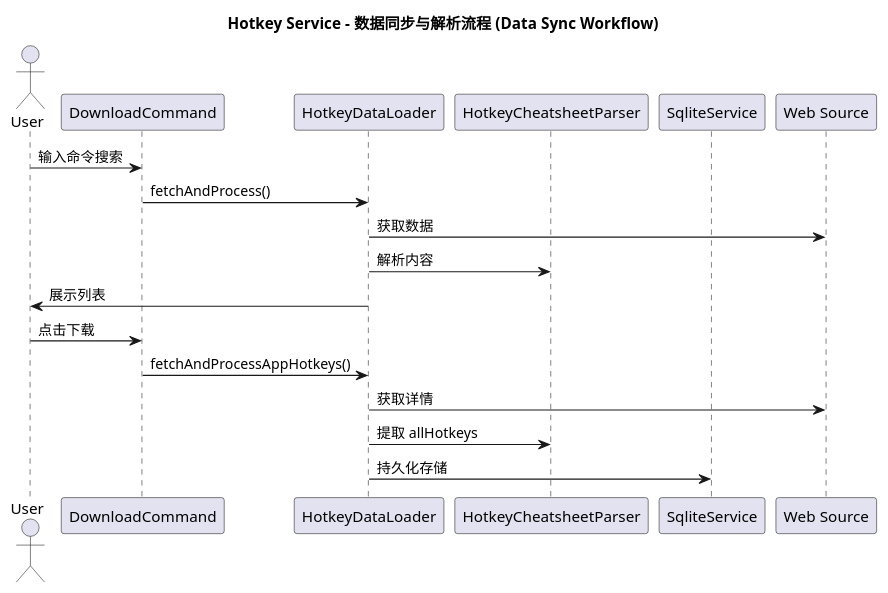
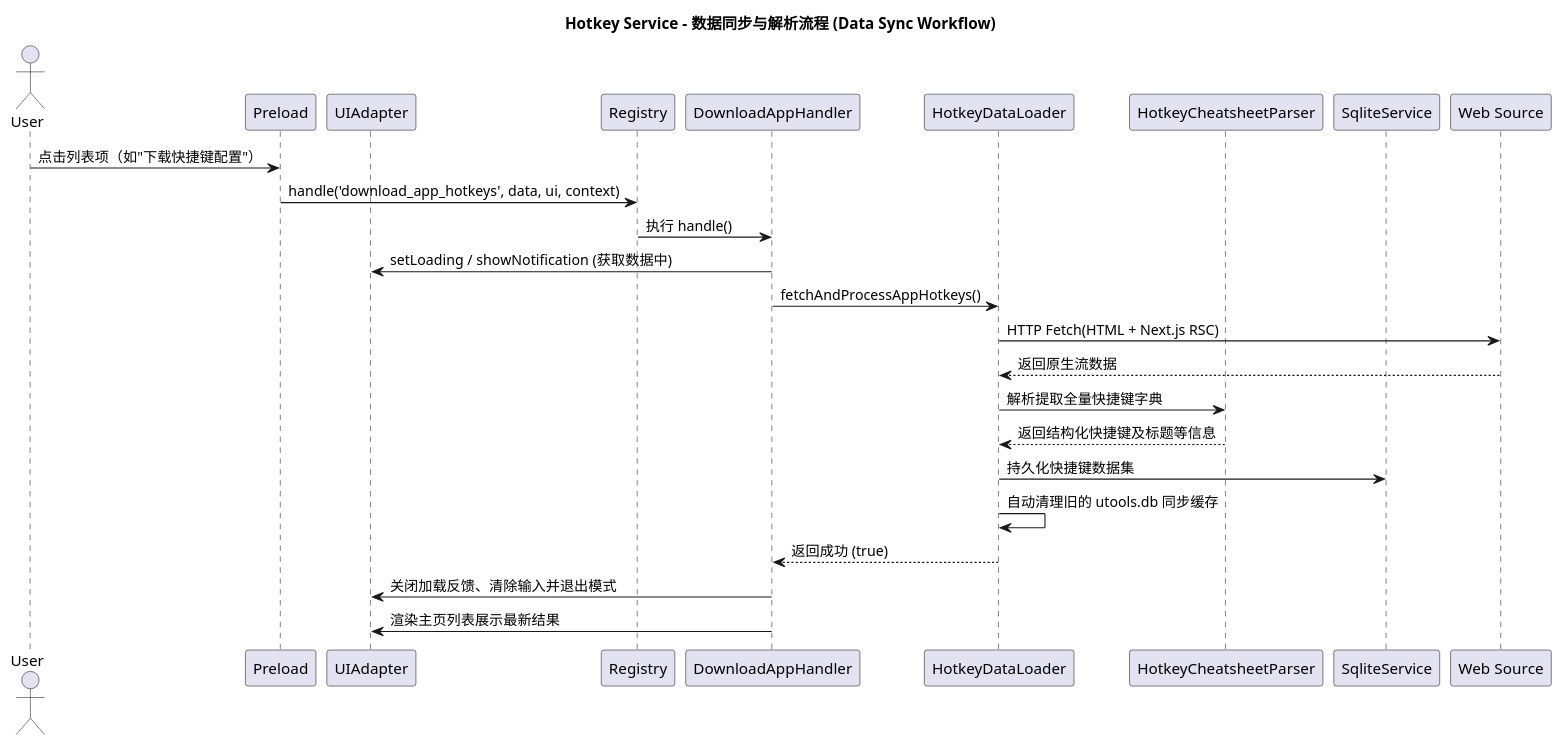
Before and after one commit to zhougy0717/utools_hotkeys: the second of 2 diagrams in docs/design/hotkeycheatsheet.md, drawn with PlantUML. The commit also changed other lines of this file and 10 other files, not shown here.

````diff
--- a/docs/design/hotkeycheatsheet.md
+++ b/docs/design/hotkeycheatsheet.md
@@ -78,24 +79,30 @@
 ```plantuml
 @startuml
 title Hotkey Service - 数据同步与解析流程 (Data Sync Workflow)
 
 actor User
-participant DC as "DownloadCommand"
+participant Preload
+participant UIAdapter as UI
+participant Registry
+participant Handler as "DownloadAppHandler"
 participant Loader as "HotkeyDataLoader"
 participant Parser as "HotkeyCheatsheetParser"
 participant SQLite as "SqliteService"
 participant Web as "Web Source"
 
-User -> DC : 输入命令搜索
-DC -> Loader : fetchAndProcess()
-Loader -> Web : 获取数据
-Loader -> Parser : 解析内容
-Loader -> User : 展示列表
-
-User -> DC : 点击下载
-DC -> Loader : fetchAndProcessAppHotkeys()
-Loader -> Web : 获取详情
-Loader -> Parser : 提取 allHotkeys
-Loader -> SQLite : 持久化存储
+User -> Preload : 点击列表项（如"下载快捷键配置"）
+Preload -> Registry : handle('download_app_hotkeys', data, ui, context)
+Registry -> Handler : 执行 handle()
+Handler -> UI : setLoading / showNotification (获取数据中)
+Handler -> Loader : fetchAndProcessAppHotkeys()
+Loader -> Web : HTTP Fetch(HTML + Next.js RSC)
+Web --> Loader : 返回原生流数据
+Loader -> Parser : 解析提取全量快捷键字典
+Parser --> Loader : 返回结构化快捷键及标题等信息
+Loader -> SQLite : 持久化快捷键数据集
+Loader -> Loader : 自动清理旧的 utools.db 同步缓存
+Loader --> Handler : 返回成功 (true)
+Handler -> UI : 关闭加载反馈、清除输入并退出模式
+Handler -> UI : 渲染主页列表展示最新结果
 @enduml
 ```
````
